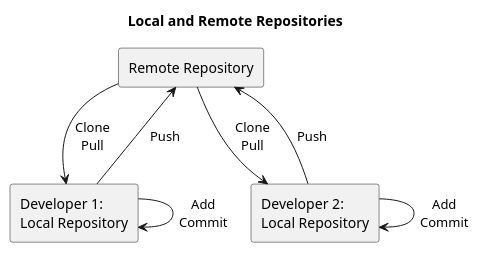
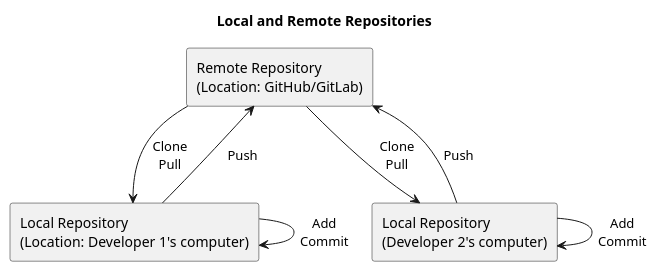
The diagram in local-vs.remote-repo.puml (rostools/cog-flow-intro), drawn with PlantUML before and after one commit. The commit also changed 1 other file, not shown here.

Commit message:
feat: Add location of remote/local repo

```diff
--- a/local-vs.remote-repo.puml
+++ b/local-vs.remote-repo.puml
@@ -1,16 +1,16 @@
 @startuml local-vs-remote-repo
 
 title Local and Remote Repositories
-agent "Remote Repository" as rr
-agent "Developer 1:\nLocal Repository" as lr1
-agent "Developer 2:\nLocal Repository" as lr2
+agent "Remote Repository\n(Location: GitHub/GitLab)" as rr
+agent "Local Repository\n(Location: Developer 1's computer)" as lr1
+agent "Local Repository\n(Developer 2's computer)" as lr2
 
 rr -->lr1: "Clone\nPull"
 lr1 --> rr: Push
 lr1 --> lr1: "Add\nCommit"
 
 rr -->lr2: "Clone\nPull"
 lr2 --> rr: Push
 lr2 --> lr2: "Add\nCommit"
 
 @enduml
```
